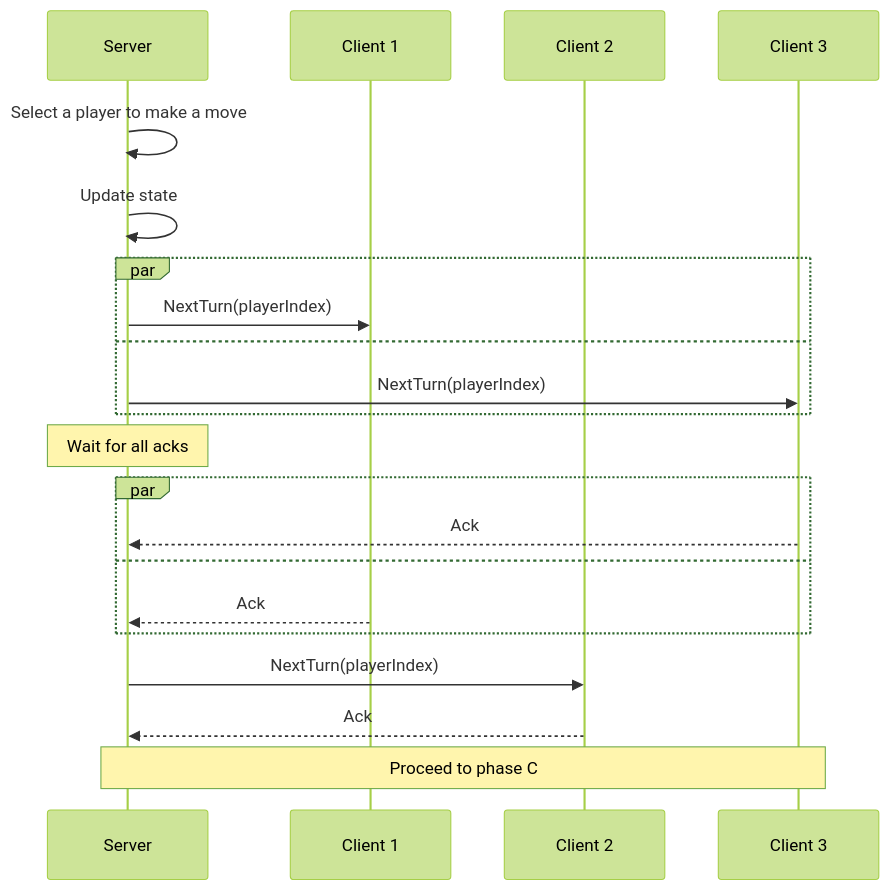
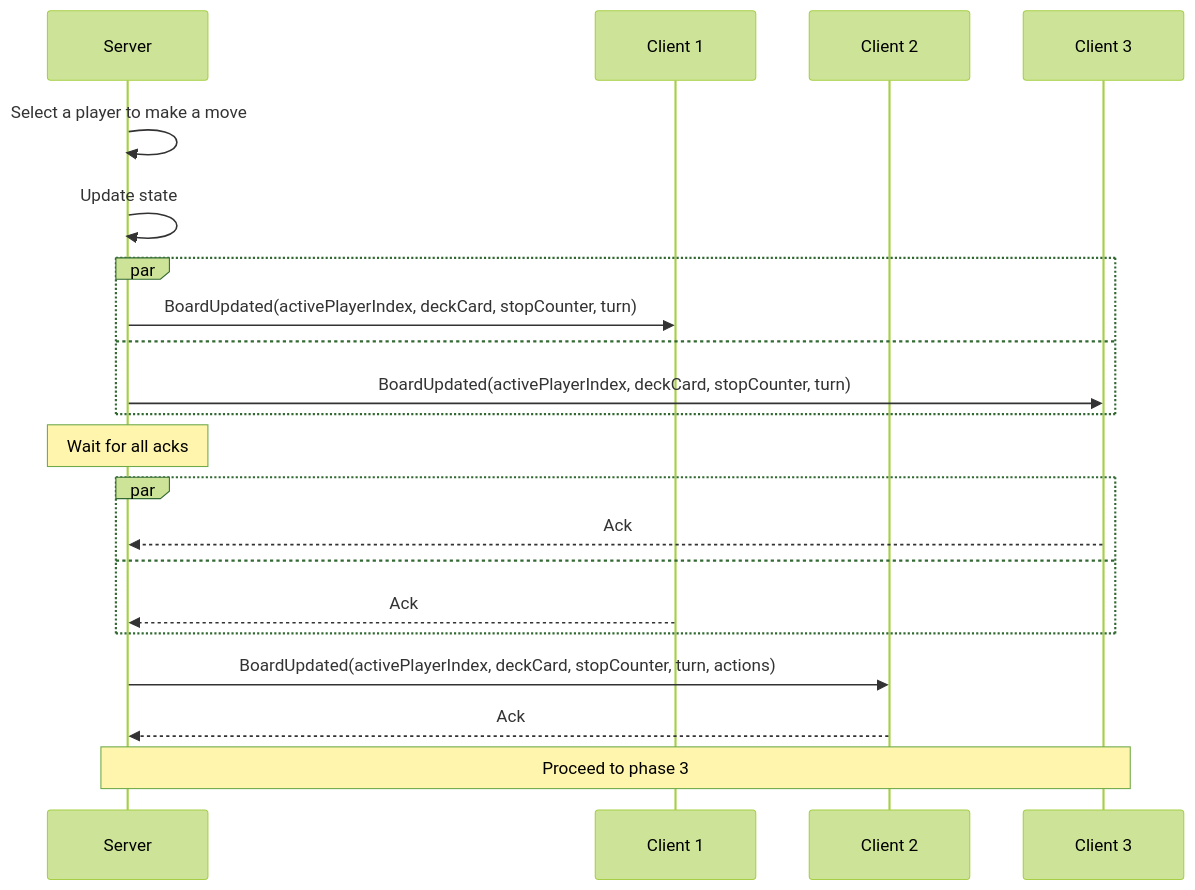
Before and after one commit to roman-zubarevich/another: the third of 15 diagrams in README.md, drawn with Mermaid (forest theme). The commit also changed other lines of this file, not shown here.

````diff
--- a/README.md
+++ b/README.md
@@ -101,23 +103,23 @@
 ```mermaid
 sequenceDiagram
     participant S as Server
     participant C1 as Client 1
     participant C2 as Client 2
     participant C3 as Client 3
     S->>S: Select a player to make a move
     S->>S: Update state
     par
-        S->>C1: NextTurn(playerIndex)
+        S->>C1: BoardUpdated(activePlayerIndex, deckCard, stopCounter, turn)
     and
-        S->>C3: NextTurn(playerIndex)
+        S->>C3: BoardUpdated(activePlayerIndex, deckCard, stopCounter, turn)
     end
     Note over S: Wait for all acks
     par
         C3-->>S: Ack
     and
         C1-->>S: Ack
     end
-    S->>C2: NextTurn(playerIndex)
+    S->>C2: BoardUpdated(activePlayerIndex, deckCard, stopCounter, turn, actions)
     C2-->>S: Ack
-    Note over S,C3: Proceed to phase C
+    Note over S,C3: Proceed to phase 3
 ```
````
